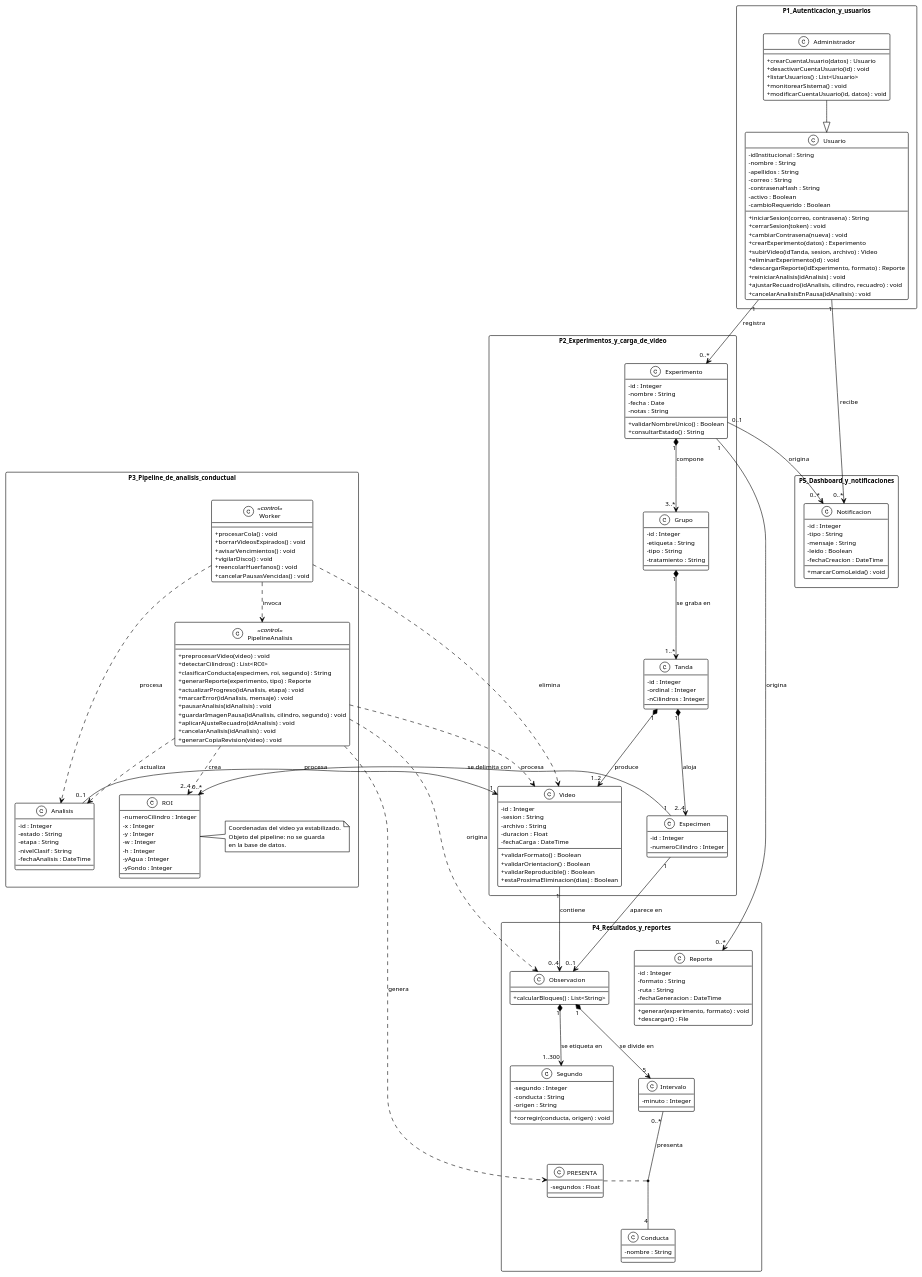
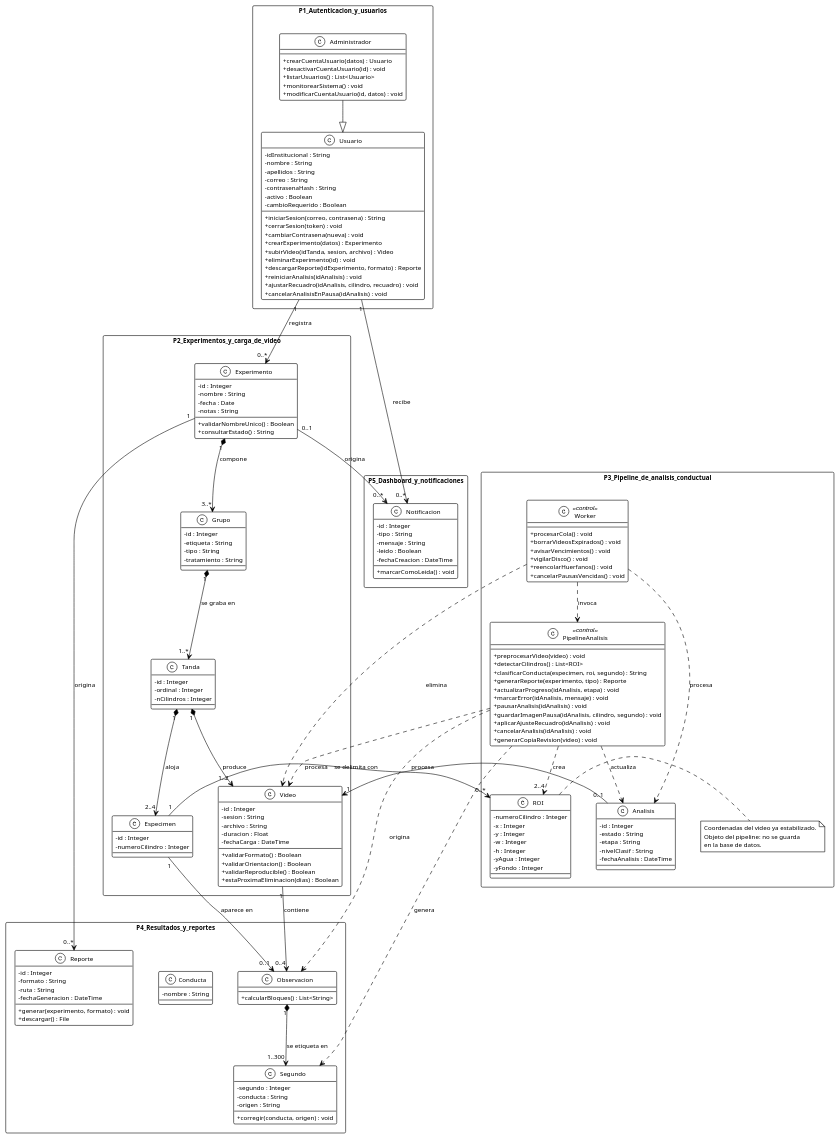
Before and after one commit to ErickJester/fst-ai-system-latex: the diagram in diagramas/guia_web/clases.puml, drawn with PlantUML. The commit also changed 45 other files, not shown here.

```diff
--- a/diagramas/guia_web/clases.puml
+++ b/diagramas/guia_web/clases.puml
@@ -1,192 +1,183 @@
 @startuml clases
 !theme plain
 skinparam defaultFontName Arial
 skinparam defaultFontSize 11
 skinparam shadowing false
 skinparam classAttributeIconSize 0
 skinparam packageStyle rectangle
 skinparam nodesep 45
 skinparam ranksep 55
 
 package P1_Autenticacion_y_usuarios {
   class Usuario {
     -idInstitucional : String
     -nombre : String
     -apellidos : String
     -correo : String
     -contrasenaHash : String
     -activo : Boolean
     -cambioRequerido : Boolean
     +iniciarSesion(correo, contrasena) : String
     +cerrarSesion(token) : void
     +cambiarContrasena(nueva) : void
     +crearExperimento(datos) : Experimento
     +subirVideo(idTanda, sesion, archivo) : Video
     +eliminarExperimento(id) : void
     +descargarReporte(idExperimento, formato) : Reporte
     +reiniciarAnalisis(idAnalisis) : void
     +ajustarRecuadro(idAnalisis, cilindro, recuadro) : void
     +cancelarAnalisisEnPausa(idAnalisis) : void
   }
   class Administrador {
     +crearCuentaUsuario(datos) : Usuario
     +desactivarCuentaUsuario(id) : void
     +listarUsuarios() : List<Usuario>
     +monitorearSistema() : void
     +modificarCuentaUsuario(id, datos) : void
   }
 }
 
 package P2_Experimentos_y_carga_de_video {
   class Experimento {
     -id : Integer
     -nombre : String
     -fecha : Date
     -notas : String
     +validarNombreUnico() : Boolean
     +consultarEstado() : String
   }
   class Grupo {
     -id : Integer
     -etiqueta : String
     -tipo : String
     -tratamiento : String
   }
   class Tanda {
     -id : Integer
     -ordinal : Integer
     -nCilindros : Integer
   }
   class Especimen {
     -id : Integer
     -numeroCilindro : Integer
   }
   class Video {
     -id : Integer
     -sesion : String
     -archivo : String
     -duracion : Float
     -fechaCarga : DateTime
     +validarFormato() : Boolean
     +validarOrientacion() : Boolean
     +validarReproducible() : Boolean
     +estaProximaEliminacion(dias) : Boolean
   }
 }
 
 package P3_Pipeline_de_analisis_conductual {
   class Worker <<control>> {
     +procesarCola() : void
     +borrarVideosExpirados() : void
     +avisarVencimientos() : void
     +vigilarDisco() : void
     +reencolarHuerfanos() : void
     +cancelarPausasVencidas() : void
   }
   class PipelineAnalisis <<control>> {
     +preprocesarVideo(video) : void
     +detectarCilindros() : List<ROI>
     +clasificarConducta(especimen, roi, segundo) : String
     +generarReporte(experimento, tipo) : Reporte
     +actualizarProgreso(idAnalisis, etapa) : void
     +marcarError(idAnalisis, mensaje) : void
     +pausarAnalisis(idAnalisis) : void
     +guardarImagenPausa(idAnalisis, cilindro, segundo) : void
     +aplicarAjusteRecuadro(idAnalisis) : void
     +cancelarAnalisis(idAnalisis) : void
     +generarCopiaRevision(video) : void
   }
   class ROI {
     -numeroCilindro : Integer
     -x : Integer
     -y : Integer
     -w : Integer
     -h : Integer
     -yAgua : Integer
     -yFondo : Integer
   }
   note right of ROI
     Coordenadas del video ya estabilizado.
     Objeto del pipeline: no se guarda
     en la base de datos.
   end note
   class Analisis {
     -id : Integer
     -estado : String
     -etapa : String
     -nivelClasif : String
     -fechaAnalisis : DateTime
   }
 }
 
 package P4_Resultados_y_reportes {
   class Observacion {
     +calcularBloques() : List<String>
   }
-  class Intervalo {
-    -minuto : Integer
-  }
   class Conducta {
     -nombre : String
-  }
-  class PRESENTA {
-    -segundos : Float
   }
   class Segundo {
     -segundo : Integer
     -conducta : String
     -origen : String
     +corregir(conducta, origen) : void
   }
   class Reporte {
     -id : Integer
     -formato : String
     -ruta : String
     -fechaGeneracion : DateTime
     +generar(experimento, formato) : void
     +descargar() : File
   }
 }
 
 package P5_Dashboard_y_notificaciones {
   class Notificacion {
     -id : Integer
     -tipo : String
     -mensaje : String
     -leido : Boolean
     -fechaCreacion : DateTime
     +marcarComoLeida() : void
   }
 }
 
 Administrador --|> Usuario
 Usuario "1" --> "0..*" Experimento  : registra
 Usuario "1" --> "0..*" Notificacion : recibe
 
 Experimento "1" *--> "3..*" Grupo     : compone
 Grupo       "1" *--> "1..*" Tanda     : "se graba en"
 Tanda       "1" *--> "2..4" Especimen : aloja
 Tanda       "1" *--> "1..2" Video     : produce
 
 Analisis "0..1" --> "1" Video            : procesa
 
 Worker ..> PipelineAnalisis : invoca
 Worker ..> Analisis         : procesa
 Worker ..> Video            : elimina
 PipelineAnalisis ..> "2..4" ROI  : crea
 Especimen "1" --> "0..*" ROI     : "se delimita con"
 PipelineAnalisis ..> Video       : procesa
 PipelineAnalisis ..> Analisis    : actualiza
 PipelineAnalisis ..> Observacion : origina
-PipelineAnalisis ..> PRESENTA    : genera
+PipelineAnalisis ..> Segundo      : genera
 
 Especimen   "1" --> "0..1" Observacion : "aparece en"
 Video       "1" --> "0..4" Observacion : contiene
-Observacion "1" *--> "5"   Intervalo   : "se divide en"
 Observacion "1" *--> "1..300" Segundo  : "se etiqueta en"
-Intervalo "0..*" -- "4" Conducta : presenta
-(Intervalo, Conducta) .. PRESENTA
 
 Experimento "1"    --> "0..*" Reporte      : origina
 Experimento "0..1" --> "0..*" Notificacion : origina
 @enduml
```
